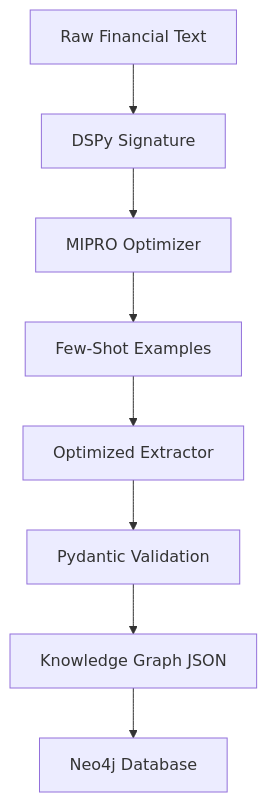
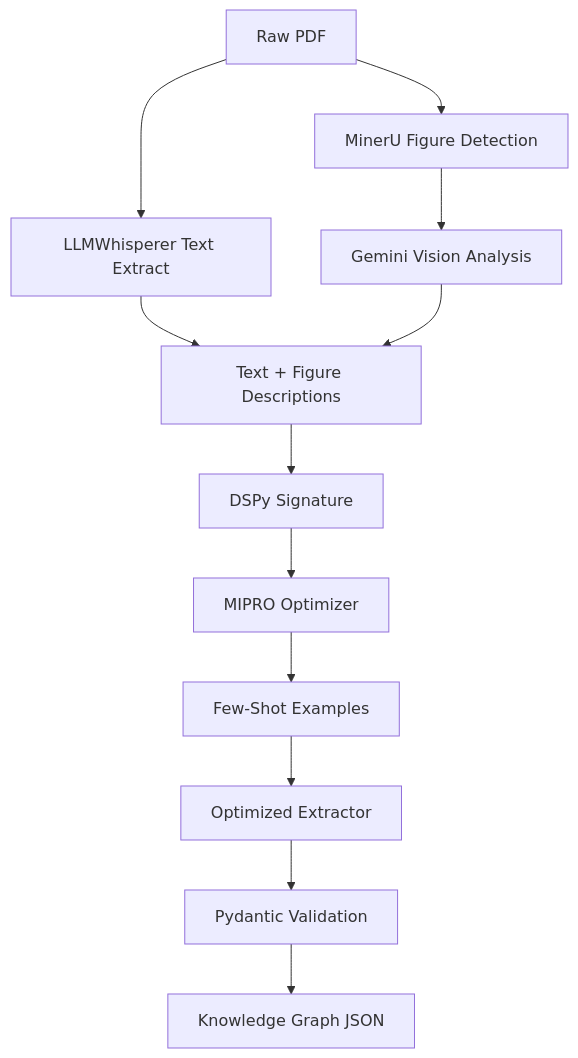
Before and after one commit to aaryan0bb/dspy_financial_extraction: the diagram in README.md, drawn with Mermaid. The commit also changed other lines of this file and 49 other files, not shown here.

````diff
--- a/README.md
+++ b/README.md
@@ -25,10 +57,14 @@
 ```mermaid
 graph TD
-    A[Raw Financial Text] --> B[DSPy Signature]
-    B --> C[MIPRO Optimizer]
-    C --> D[Few-Shot Examples]
-    D --> E[Optimized Extractor]
-    E --> F[Pydantic Validation]
-    F --> G[Knowledge Graph JSON]
-    G --> H[Neo4j Database]
+    A[Raw PDF] --> B[LLMWhisperer Text Extract]
+    A --> C[MinerU Figure Detection]
+    C --> D[Gemini Vision Analysis]
+    B --> E[Text + Figure Descriptions]
+    D --> E
+    E --> F[DSPy Signature]
+    F --> G[MIPRO Optimizer]
+    G --> H[Few-Shot Examples]
+    H --> I[Optimized Extractor]
+    I --> J[Pydantic Validation]
+    J --> K[Knowledge Graph JSON]
 ```
````
